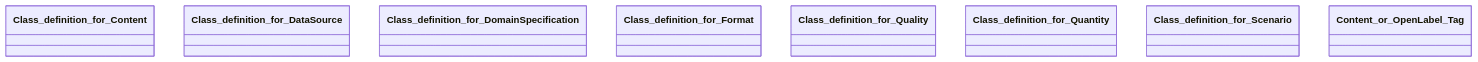
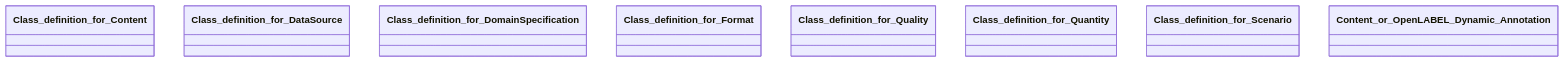
Before and after one commit to ASCS-eV/ontology-management-base: the diagram in artifacts/scenario/PROPERTIES.md, drawn with Mermaid. The commit also changed other lines of this file and 22 other files, not shown here.

First line of the commit message:
fix(ontology): fix semantic bugs in hdmap/scenario OpenLABEL v1 integration

````diff
--- a/artifacts/scenario/PROPERTIES.md
+++ b/artifacts/scenario/PROPERTIES.md
@@ -5,11 +5,11 @@
 ```mermaid
 classDiagram
 class Class_definition_for_Content
 class Class_definition_for_DataSource
 class Class_definition_for_DomainSpecification
 class Class_definition_for_Format
 class Class_definition_for_Quality
 class Class_definition_for_Quantity
 class Class_definition_for_Scenario
-class Content_or_OpenLabel_Tag
+class Content_or_OpenLABEL_Dynamic_Annotation
 ```
````
